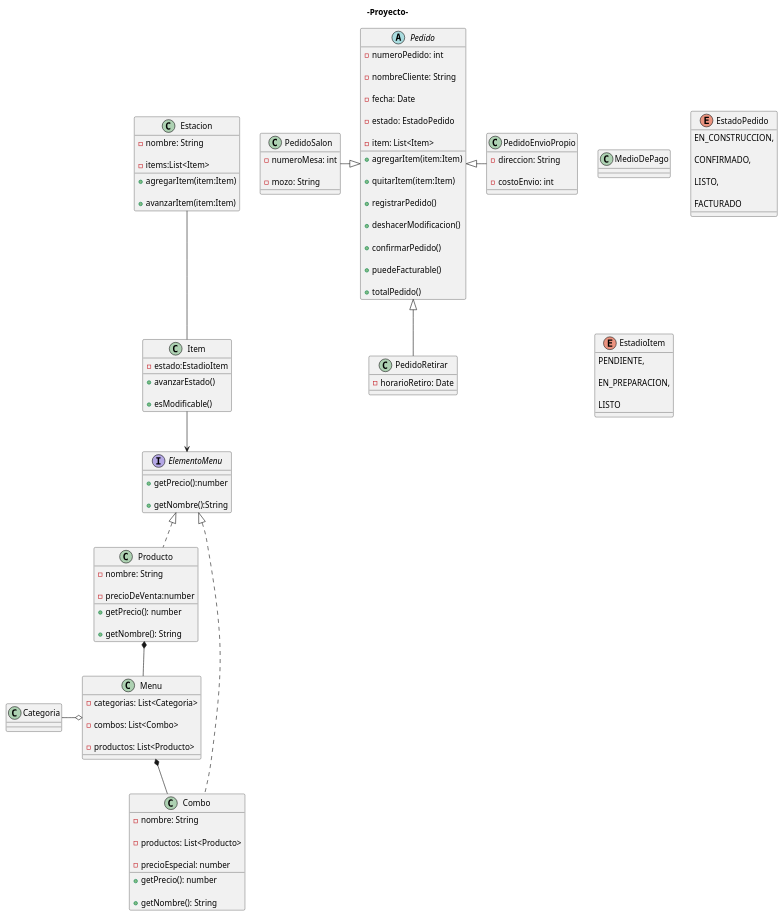
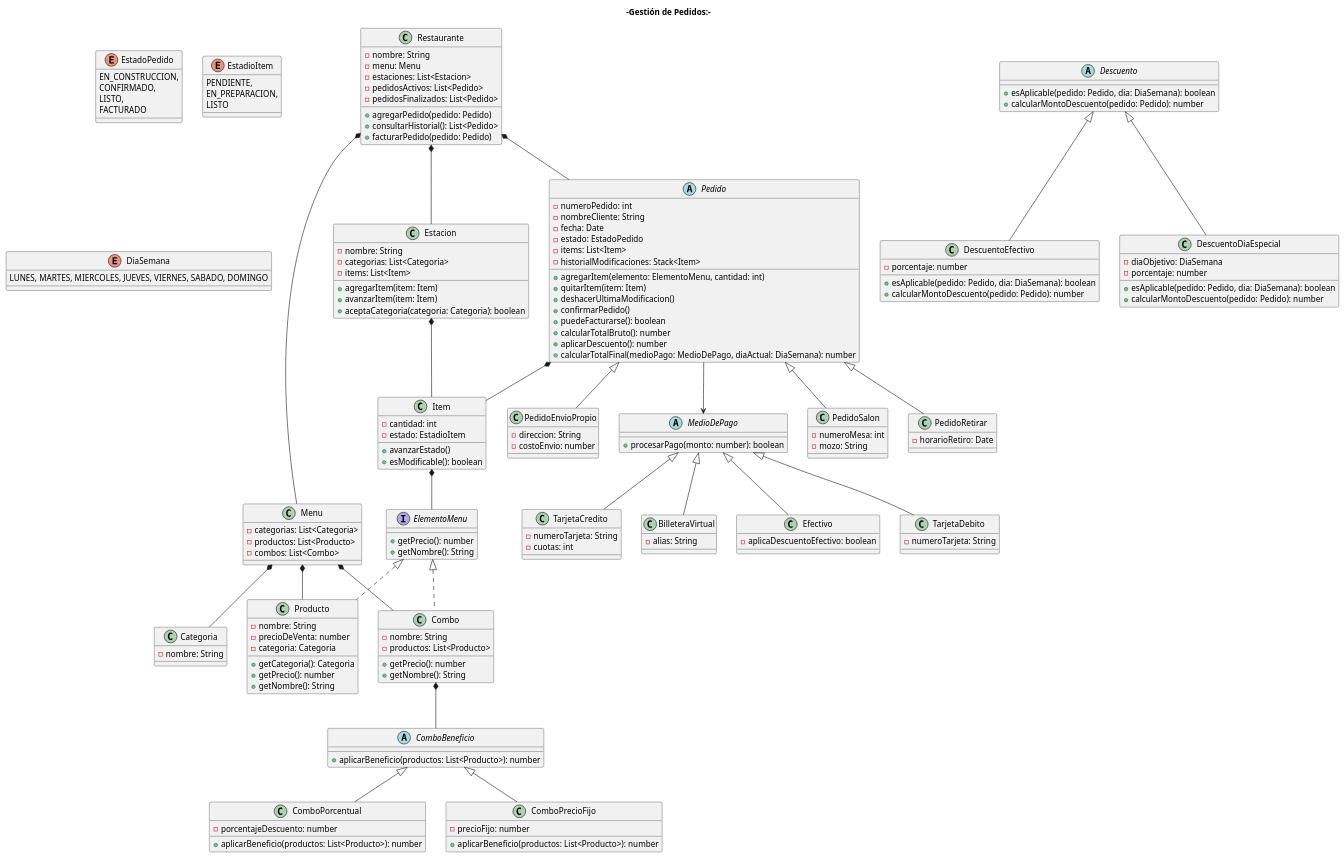
Before and after one commit to JuanJauregui2014/Tp-cuatrimestral-programacion-II: the diagram in diagramas/diagramas.puml, drawn with PlantUML. The commit also changed 15 other files, not shown here.

Commit message:
cambios en el uml , creacion de las clases:combo,elementoMenu,efectivo,dia de semana,medio de pago,producto,estaod item y pedido,categoria y los beneficios segun el combo

```diff
--- a/diagramas/diagramas.puml
+++ b/diagramas/diagramas.puml
@@ -1,199 +1,184 @@
 @startuml
+title -Gestión de Pedidos:-
+class Restaurante {
+    -nombre: String
+    -menu: Menu
+    -estaciones: List<Estacion>
+    -pedidosActivos: List<Pedido>
+    -pedidosFinalizados: List<Pedido>
 
-title -Proyecto-
+    +agregarPedido(pedido: Pedido)
+    +consultarHistorial(): List<Pedido>
+    +facturarPedido(pedido: Pedido)
+}
+
+class Menu {
+    -categorias: List<Categoria>
+    -productos: List<Producto>
+    -combos: List<Combo>
+}
+
+class Categoria {
+    -nombre: String
+}
 
 interface ElementoMenu {
-
-    +getPrecio():number
-
-    +getNombre():String
-
-
-
-}
-
-abstract class Pedido{
-
-    -numeroPedido: int
-
-    -nombreCliente: String
-
-    -fecha: Date
-
-    -estado: EstadoPedido
-
-    -item: List<Item>
-
-
-
-    +agregarItem(item:Item)
-
-    +quitarItem(item:Item)
-
-    +registrarPedido()
-
-    +deshacerModificacion()
-
-    +confirmarPedido()
-
-    +puedeFacturable()
-
-    +totalPedido()
-
-}
-
-class PedidoSalon{
-
-    -numeroMesa: int
-
-    -mozo: String
-
-}
-
-class PedidoRetirar{
-
-    -horarioRetiro: Date
-
-}
-
-class PedidoEnvioPropio{
-
-    -direccion: String
-
-    -costoEnvio: int
-
-
-
-}
-
-
-
-class Item{
-
-    -estado:EstadioItem
-
-
-
-    +avanzarEstado()
-
-    +esModificable()
-
-
-
-}
-
-class Producto implements ElementoMenu{
-
-    -nombre: String
-
-    -precioDeVenta:number
-
-
-
     +getPrecio(): number
-
     +getNombre(): String
-
-
-
-   
-
 }
 
 class Combo implements ElementoMenu {
-
     -nombre: String
-
     -productos: List<Producto>
-
-    -precioEspecial: number
-
     +getPrecio(): number
-
     +getNombre(): String
-
 }
 
-class Categoria{
-
-
-
+abstract class ComboBeneficio {
+    +aplicarBeneficio(productos: List<Producto>): number
 }
 
-class Estacion{
-
-    -nombre: String
-
-    -items:List<Item>
-
-
-
-    +agregarItem(item:Item)
-
-    +avanzarItem(item:Item)
-
-
-
+class ComboPorcentual extends ComboBeneficio {
+    -porcentajeDescuento: number
+    +aplicarBeneficio(productos: List<Producto>): number
 }
 
-
-
-class Menu{
-
-    -categorias: List<Categoria>
-
-    -combos: List<Combo>
-
-    -productos: List<Producto>
-
-
-
+class ComboPrecioFijo extends ComboBeneficio {
+    -precioFijo: number
+    +aplicarBeneficio(productos: List<Producto>): number
 }
 
-'preguntas si conviene  tenerlo como clase abstracta y que hereden los distintos medios de pagos'
+abstract class Pedido {
+    -numeroPedido: int
+    -nombreCliente: String
+    -fecha: Date
+    -estado: EstadoPedido
+    -items: List<Item>
+    -historialModificaciones: Stack<Item>
 
-class MedioDePago{
+    +agregarItem(elemento: ElementoMenu, cantidad: int)
+    +quitarItem(item: Item)
+    +deshacerUltimaModificacion()
+    +confirmarPedido()
+    +puedeFacturarse(): boolean
+    +calcularTotalBruto(): number
+    +aplicarDescuento(): number
+    +calcularTotalFinal(medioPago: MedioDePago, diaActual: DiaSemana): number
+}
 
+class PedidoSalon {
+    -numeroMesa: int
+    -mozo: String
+}
 
+class PedidoRetirar {
+    -horarioRetiro: Date
+}
 
+class PedidoEnvioPropio {
+    -direccion: String
+    -costoEnvio: number
+}
+
+class Item {
+    -cantidad: int
+    -estado: EstadioItem
+    
+    +avanzarEstado()
+    +esModificable(): boolean
+}
+
+class Estacion {
+    -nombre: String
+    -categorias: List<Categoria>
+    -items: List<Item>
+
+    +agregarItem(item: Item)
+    +avanzarItem(item: Item)
+    +aceptaCategoria(categoria: Categoria): boolean
+}
+
+class Producto implements ElementoMenu {
+    -nombre: String
+    -precioDeVenta: number
+    -categoria: Categoria
+    
+    +getCategoria(): Categoria
+    +getPrecio(): number
+    +getNombre(): String
+}
+
+abstract class MedioDePago {
+    +procesarPago(monto: number): boolean
+}
+
+class Efectivo extends MedioDePago {
+    -aplicaDescuentoEfectivo: boolean
+}
+
+class TarjetaDebito extends MedioDePago {
+    -numeroTarjeta: String
+}
+
+class TarjetaCredito extends MedioDePago {
+    -numeroTarjeta: String
+    -cuotas: int
+}
+
+class BilleteraVirtual extends MedioDePago {
+    -alias: String
+}
+
+abstract class Descuento {
+     +esAplicable(pedido: Pedido, dia: DiaSemana): boolean
+     +calcularMontoDescuento(pedido: Pedido): number
+}
+
+class DescuentoEfectivo extends Descuento {
+    -porcentaje: number
+    +esAplicable(pedido: Pedido, dia: DiaSemana): boolean
+    +calcularMontoDescuento(pedido: Pedido): number
+}
+
+class DescuentoDiaEspecial extends Descuento {
+    -diaObjetivo: DiaSemana
+    -porcentaje: number
+    +esAplicable(pedido: Pedido, dia: DiaSemana): boolean
+    +calcularMontoDescuento(pedido: Pedido): number
 }
 
 enum EstadoPedido {
-
     EN_CONSTRUCCION,
-
     CONFIRMADO,
-
     LISTO,
-
     FACTURADO
-
 }
 
-enum EstadioItem{
-
+enum EstadioItem {
     PENDIENTE,
-
     EN_PREPARACION,
-
     LISTO
-
 }
 
-Pedido <|-l- PedidoSalon
+enum DiaSemana {
+    LUNES, MARTES, MIERCOLES, JUEVES, VIERNES, SABADO, DOMINGO
+}
 
+' Relaciones Estructurales
+Restaurante *-- Menu
+Restaurante  *-- Estacion
+Restaurante *--  Pedido
+Menu  *-- Categoria
+Menu  *-- Producto
+Menu  *--Combo
+Combo  *--  ComboBeneficio
+Pedido  *--  Item
+Item  *--  ElementoMenu
+Estacion  *-- Item
+
+Pedido <|-- PedidoSalon
 Pedido <|-- PedidoRetirar
+Pedido <|-- PedidoEnvioPropio
 
-Pedido <|-r- PedidoEnvioPropio
-
-Menu o-l- Categoria
-
-Producto *-d- Menu
-
-Menu *-- Combo
-
-Estacion -- Item
-
-Item --> ElementoMenu
-
+Pedido -->  MedioDePago
 @enduml
```
